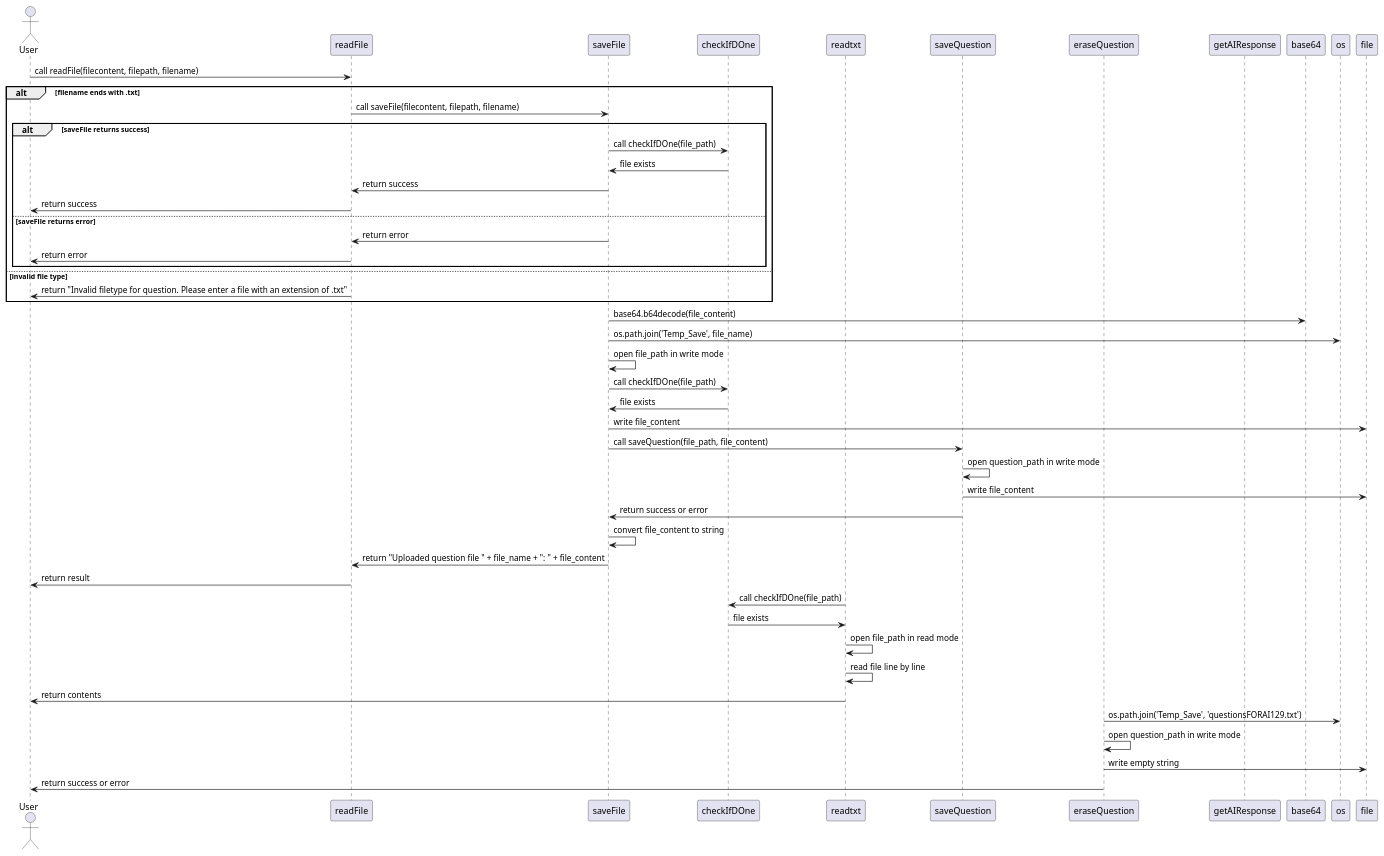
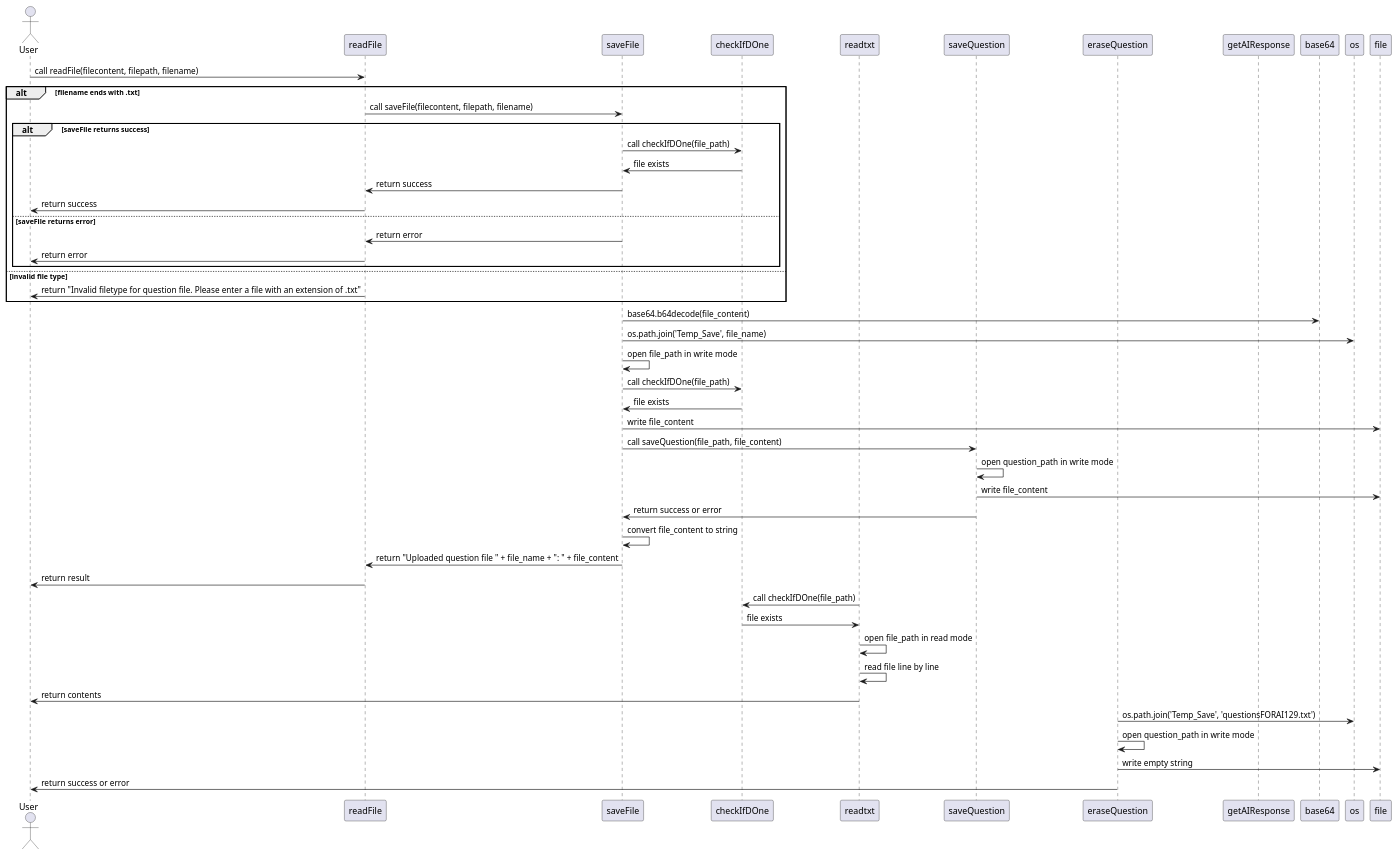
The diagram in Diagrams/Sequence Diagrams/BackEnd/questionprocesingUMLSequence.wsd (NoahS20/Grad-Project), drawn with PlantUML before and after one commit. The commit also changed 5 other files, not shown here.

```diff
--- a/Diagrams/Sequence Diagrams/BackEnd/questionprocesingUMLSequence.wsd
+++ b/Diagrams/Sequence Diagrams/BackEnd/questionprocesingUMLSequence.wsd
@@ -1,53 +1,53 @@
 @startuml
 actor User
 
 participant readFile
 participant saveFile
 participant checkIfDOne
 participant readtxt
 participant saveQuestion
 participant eraseQuestion
 participant getAIResponse
 
 User -> readFile: call readFile(filecontent, filepath, filename)
 alt filename ends with .txt
     readFile -> saveFile: call saveFile(filecontent, filepath, filename)
     alt saveFile returns success
         saveFile -> checkIfDOne: call checkIfDOne(file_path)
         checkIfDOne -> saveFile: file exists
         saveFile -> readFile: return success
         readFile -> User: return success
     else saveFile returns error
         saveFile -> readFile: return error
         readFile -> User: return error
     end
 else invalid file type
-    readFile -> User: return "Invalid filetype for question. Please enter a file with an extension of .txt"
+    readFile -> User: return "Invalid filetype for question file. Please enter a file with an extension of .txt"
 end
 
 saveFile -> base64: base64.b64decode(file_content)
 saveFile -> os: os.path.join('Temp_Save', file_name)
 saveFile -> saveFile: open file_path in write mode
 saveFile -> checkIfDOne: call checkIfDOne(file_path)
 checkIfDOne -> saveFile: file exists
 saveFile -> file: write file_content
 saveFile -> saveQuestion: call saveQuestion(file_path, file_content)
 saveQuestion -> saveQuestion: open question_path in write mode
 saveQuestion -> file: write file_content
 saveQuestion -> saveFile: return success or error
 saveFile -> saveFile: convert file_content to string
 saveFile -> readFile: return "Uploaded question file " + file_name + ": " + file_content
 
 readFile -> User: return result
 
 readtxt -> checkIfDOne: call checkIfDOne(file_path)
 checkIfDOne -> readtxt: file exists
 readtxt -> readtxt: open file_path in read mode
 readtxt -> readtxt: read file line by line
 readtxt -> User: return contents
 
 eraseQuestion -> os: os.path.join('Temp_Save', 'questionsFORAI129.txt')
 eraseQuestion -> eraseQuestion: open question_path in write mode
 eraseQuestion -> file: write empty string
 eraseQuestion -> User: return success or error
 @enduml
```
